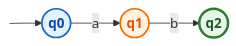
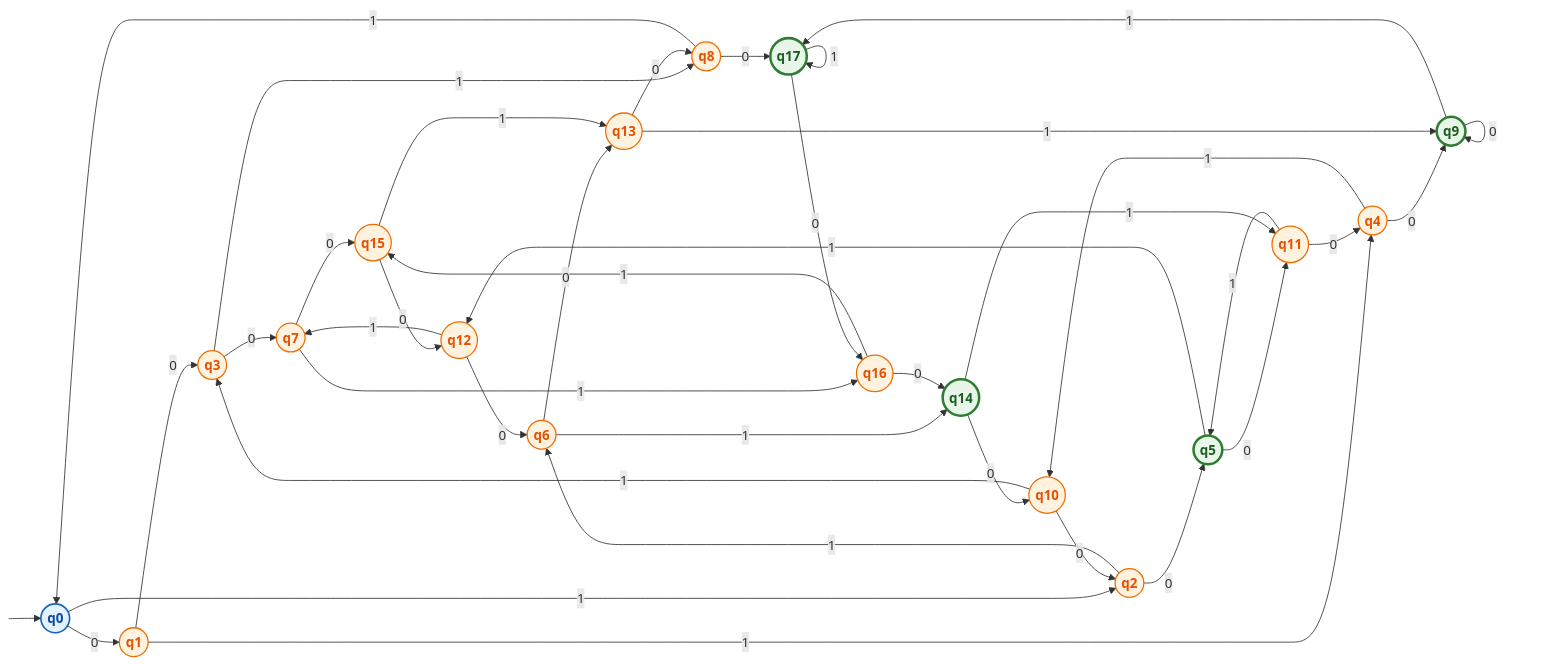
One commit to huynhthanhphong231004IT/Theoretical_Computer_Science_CT121 changed the fifth of 7 diagrams in README.md. Above: the diagram before and after it, drawn with Mermaid.

Commit message:
Refine state diagram styles and add transitions
Updated state diagram styles and transitions in README.

````diff
--- a/README.md
+++ b/README.md
@@ -202,22 +202,87 @@
 flowchart LR
     %% Định nghĩa phong cách chuẩn Academic cho đồ thị trạng thái
     classDef startState fill:#E3F2FD,stroke:#1565C0,stroke-width:2px,color:#0D47A1,font-weight:bold;
-    classDef normalState fill:#FFF3E0,stroke:#EF6C00,stroke-width:2px,color:#E65100,font-weight:bold;
+    classDef normalState fill:#FFF3E0,stroke:#EF6C00,stroke-width:1.5px,color:#E65100,font-weight:bold;
     classDef acceptState fill:#E8F5E9,stroke:#2E7D32,stroke-width:3px,color:#1B5E20,font-weight:bold;
     classDef hidden fill:none,stroke:none;
 
-    %% Điểm khởi đầu mũi tên chỉ trạng thái bắt đầu
+    %% Điểm khởi đầu chỉ định trạng thái bắt đầu
     Start([ ]) --> q0
 
-    %% Các trạng thái dạng hình tròn (( ))
+    %% Các trạng thái (q5, q9, q14, q17 là trạng thái chấp nhận - vòng tròn đậm)
     q0((q0)):::startState
     q1((q1)):::normalState
-    q2((q2)):::acceptState
+    q2((q2)):::normalState
+    q3((q3)):::normalState
+    q4((q4)):::normalState
+    q5((q5)):::acceptState
+    q6((q6)):::normalState
+    q7((q7)):::normalState
+    q8((q8)):::normalState
+    q9((q9)):::acceptState
+    q10((q10)):::normalState
+    q11((q11)):::normalState
+    q12((q12)):::normalState
+    q13((q13)):::normalState
+    q14((q14)):::acceptState
+    q15((q15)):::normalState
+    q16((q16)):::normalState
+    q17((q17)):::acceptState
 
-    %% Các chuyển đổi (Transitions)
-    q0 -->|a| q1
-    q1 -->|b| q2
+    %% Các chuyển đổi (Transitions) theo đúng danh sách
+    q0 -->|0| q1
+    q0 -->|1| q2
 
-    %% Ẩn node khởi đầu
+    q1 -->|0| q3
+    q1 -->|1| q4
+
+    q2 -->|0| q5
+    q2 -->|1| q6
+
+    q3 -->|0| q7
+    q3 -->|1| q8
+
+    q4 -->|0| q9
+    q4 -->|1| q10
+
+    q5 -->|0| q11
+    q5 -->|1| q12
+
+    q6 -->|0| q13
+    q6 -->|1| q14
+
+    q7 -->|0| q15
+    q7 -->|1| q16
+
+    q8 -->|0| q17
+    q8 -->|1| q0
+
+    q9 -->|0| q9
+    q9 -->|1| q17
+
+    q10 -->|0| q2
+    q10 -->|1| q3
+
+    q11 -->|0| q4
+    q11 -->|1| q5
+
+    q12 -->|0| q6
+    q12 -->|1| q7
+
+    q13 -->|0| q8
+    q13 -->|1| q9
+
+    q14 -->|0| q10
+    q14 -->|1| q11
+
+    q15 -->|0| q12
+    q15 -->|1| q13
+
+    q16 -->|0| q14
+    q16 -->|1| q15
+
+    q17 -->|0| q16
+    q17 -->|1| q17
+
     Start:::hidden
 ```
````
